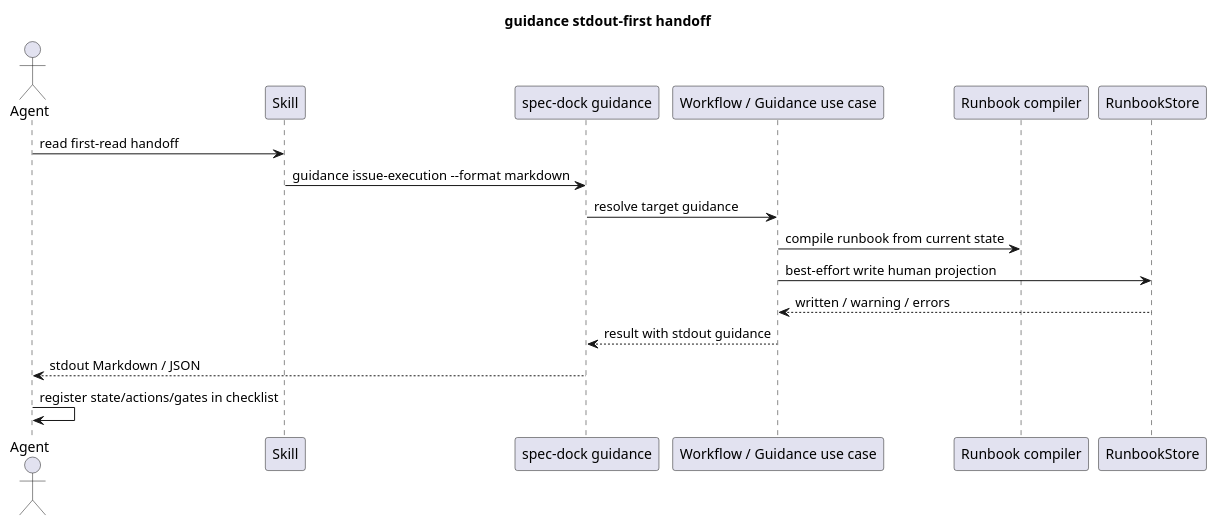
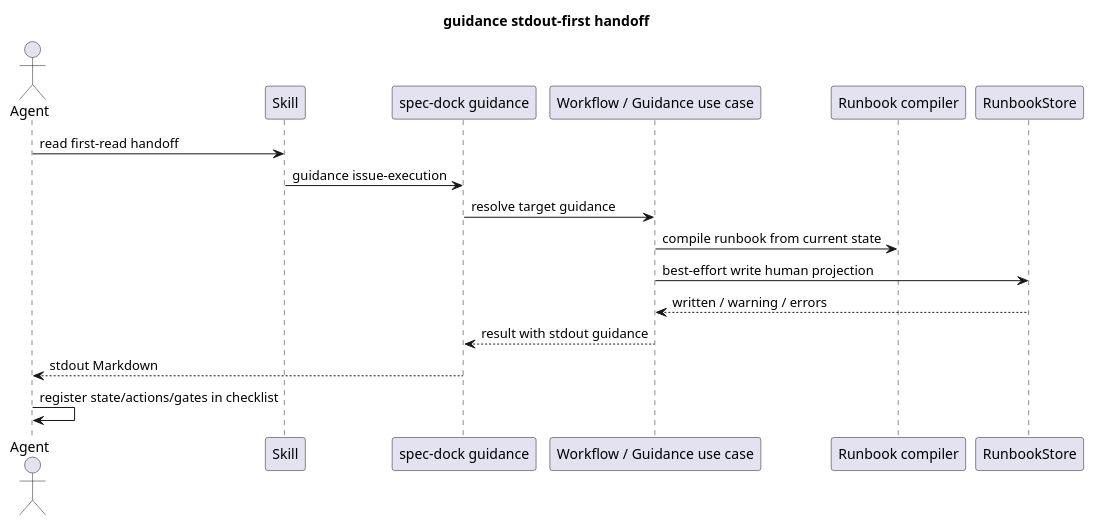
The second of 2 diagrams in spec-dock/initiatives/init-local-00003-architecture-maintenance-and-hardening/epics/epic-00224-dynamic-workflow-resource-allocation/issues/iss-00238-stdout-runbook-handoff-instead-of-generated-workflow-files/design.md (chemitaro/spec-dock), drawn with PlantUML before and after one commit. The commit also changed other lines of this file and 4 other files, not shown here.

````diff
--- a/spec-dock/initiatives/init-local-00003-architecture-maintenance-and-hardening/epics/epic-00224-dynamic-workflow-resource-allocation/issues/iss-00238-stdout-runbook-handoff-instead-of-generated-workflow-files/design.md
+++ b/spec-dock/initiatives/init-local-00003-architecture-maintenance-and-hardening/epics/epic-00224-dynamic-workflow-resource-allocation/issues/iss-00238-stdout-runbook-handoff-instead-of-generated-workflow-files/design.md
@@ -181,22 +178,22 @@
 ```plantuml
 @startuml
 title guidance stdout-first handoff
 
 actor Agent
 participant "Skill" as Skill
 participant "spec-dock guidance" as CLI
 participant "Workflow / Guidance use case" as UseCase
 participant "Runbook compiler" as Compiler
 participant "RunbookStore" as Store
 
 Agent -> Skill : read first-read handoff
-Skill -> CLI : guidance issue-execution --format markdown
+Skill -> CLI : guidance issue-execution
 CLI -> UseCase : resolve target guidance
 UseCase -> Compiler : compile runbook from current state
 UseCase -> Store : best-effort write human projection
 Store --> UseCase : written / warning / errors
 UseCase --> CLI : result with stdout guidance
-CLI --> Agent : stdout Markdown / JSON
+CLI --> Agent : stdout Markdown
 Agent -> Agent : register state/actions/gates in checklist
 @enduml
 ```
````
